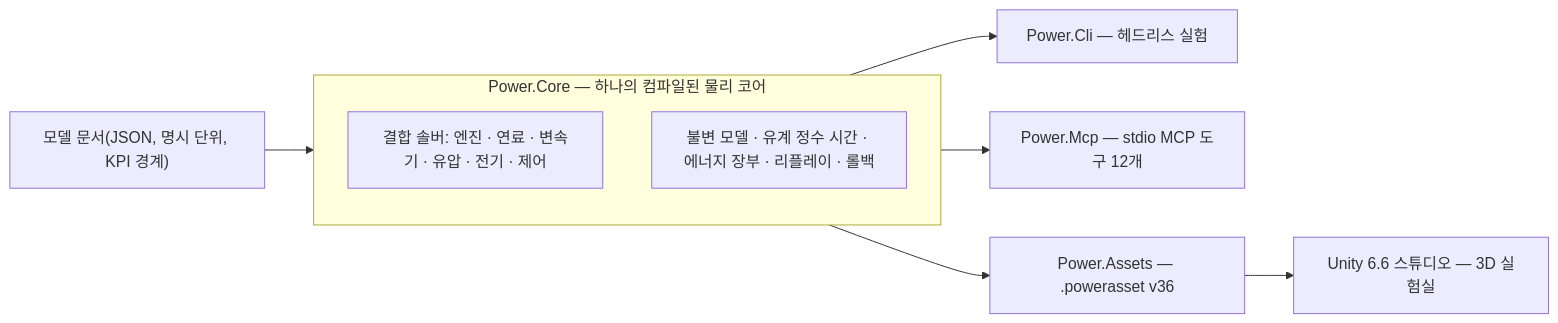
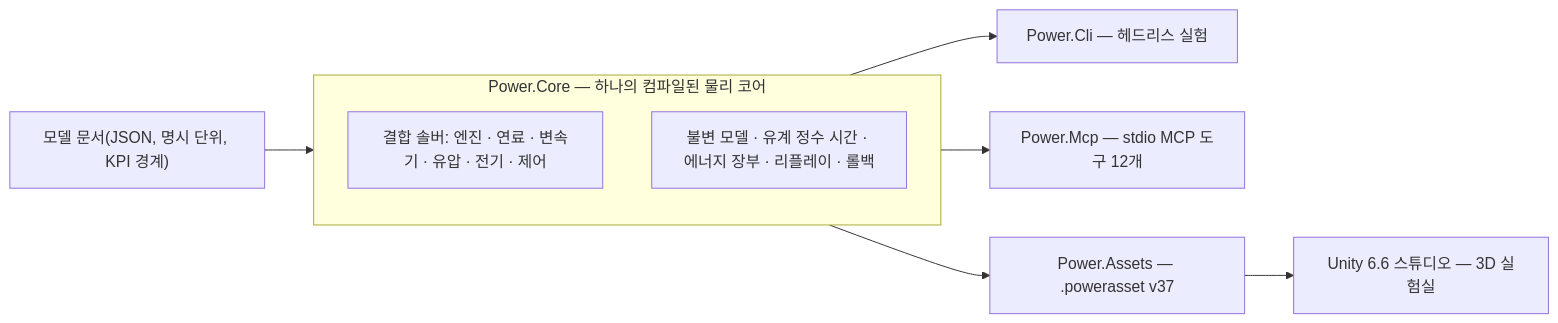
One commit to Water-Run/Power changed the diagram in README.ko.md. Above: the diagram before and after it, drawn with Mermaid. The commit also changed other lines of this file and 244 other files, not shown here.

````diff
--- a/README.ko.md
+++ b/README.ko.md
@@ -13,18 +13,18 @@
 ```mermaid
 flowchart LR
     model["모델 문서(JSON, 명시 단위, KPI 경계)"]
     subgraph core["Power.Core — 하나의 컴파일된 물리 코어"]
         solvers["결합 솔버: 엔진 · 연료 · 변속기 · 유압 · 전기 · 제어"]
         invariants["불변 모델 · 유계 정수 시간 · 에너지 장부 · 리플레이 · 롤백"]
     end
     cli["Power.Cli — 헤드리스 실험"]
     mcp["Power.Mcp — stdio MCP 도구 12개"]
-    assets["Power.Assets — .powerasset v36"]
+    assets["Power.Assets — .powerasset v37"]
     unity["Unity 6.6 스튜디오 — 3D 실험실"]
 
     model --> core
     core --> cli
     core --> mcp
     core --> assets
     assets --> unity
 ```
````
